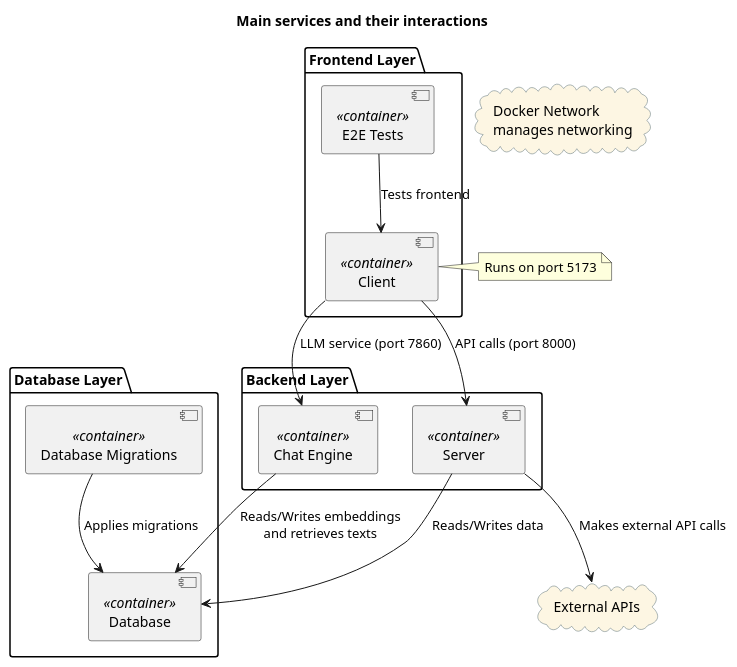
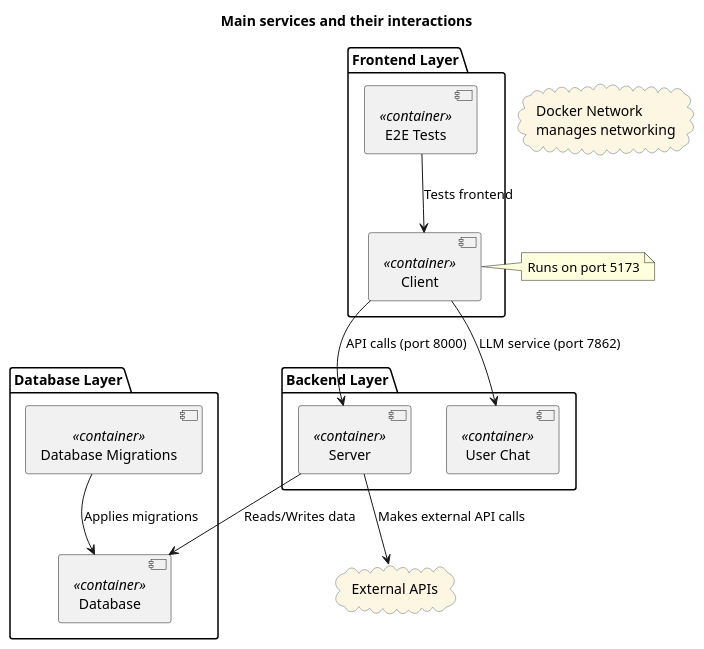
The diagram in Documents/project_description.md (juho-a/Eprice), drawn with PlantUML before and after one commit. The commit also changed other lines of this file, not shown here.

````diff
--- a/Documents/project_description.md
+++ b/Documents/project_description.md
@@ -49,46 +52,45 @@
 ```plantuml
 
 @startuml
 title Main services and their interactions
 skinparam rectangle {
     BackgroundColor #FDF6E3
     BorderColor #586e75
 }
 skinparam cloud {
     BackgroundColor #FDF6E3
     BorderColor #586e75
 }
 
 cloud "Docker Network\nmanages networking" as DockerNetwork
 
 package "Database Layer" {
     [Database] <<container>> 
     [Database Migrations] <<container>> 
 }
 
 package "Backend Layer" {
     [Server] <<container>> 
-    [Chat Engine] <<container>> 
+    [User Chat] <<container>> 
 }
 
 package "Frontend Layer" {
     [Client] <<container>> 
     [E2E Tests] <<container>> 
 }
 
 cloud "External APIs" as ExternalAPIs
 
 [Database Migrations] --> [Database] : Applies migrations
 [Server] --> [Database] : Reads/Writes data
 [Client] --> [Server] : API calls (port 8000)
-[Client] --> [Chat Engine] : LLM service (port 7860)
-[Chat Engine] --> [Database] : Reads/Writes embeddings\nand retrieves texts
+[Client] --> [User Chat] : LLM service (port 7862)
 [E2E Tests] --> [Client] : Tests frontend
 [Server] --> ExternalAPIs : Makes external API calls
 
 note right of Client
 Runs on port 5173
 end note
 
 @enduml
 ```
````
